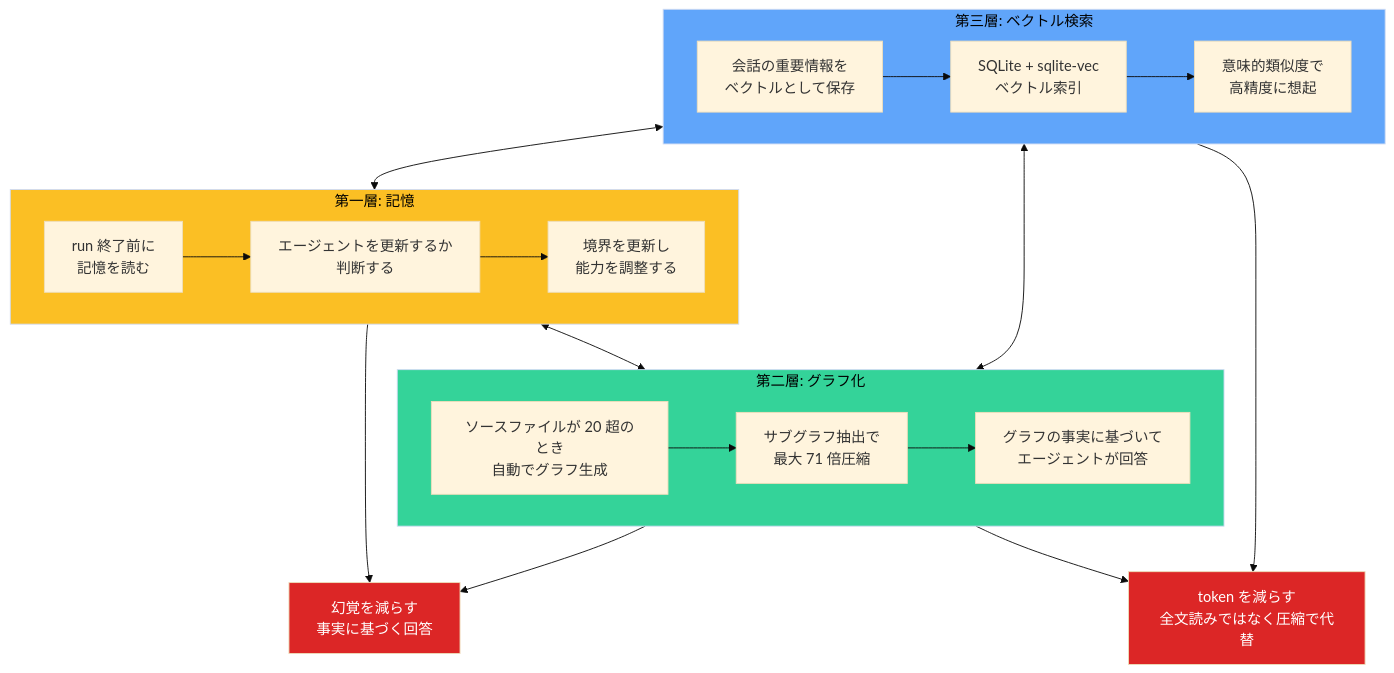
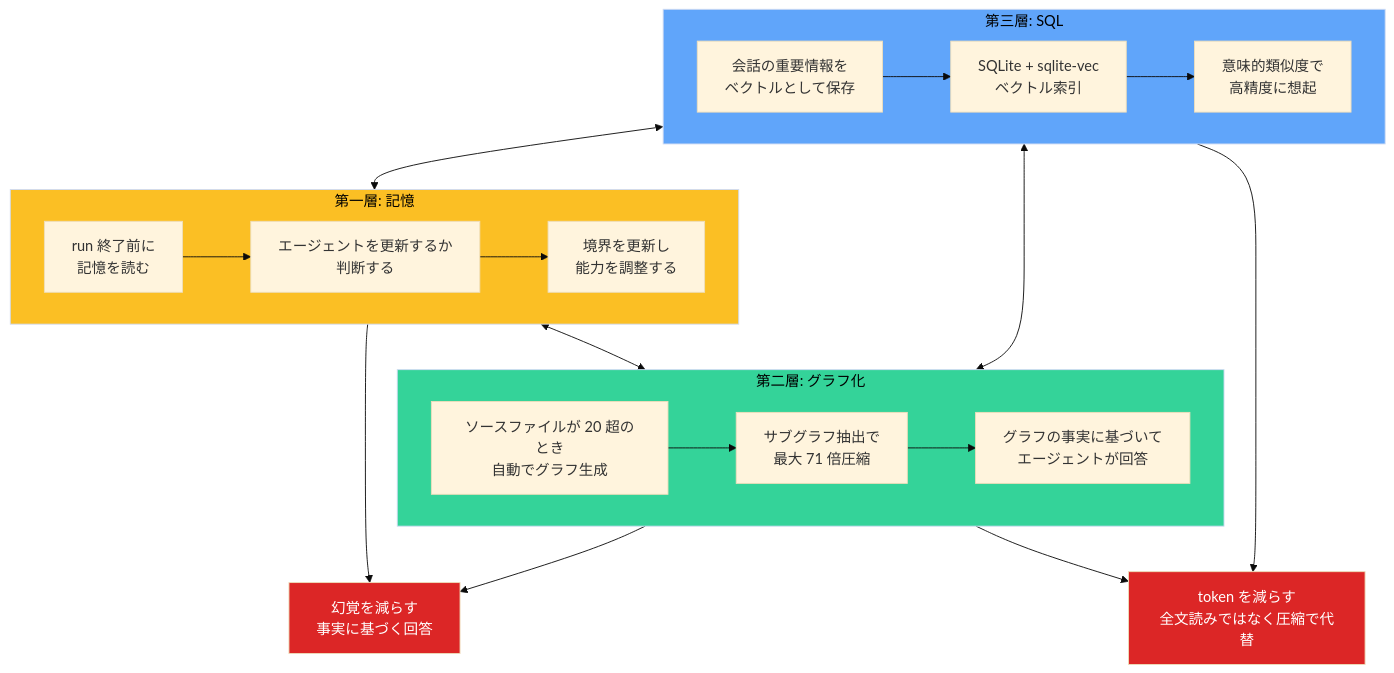
Before and after one commit to limda007/Meta_Kim: the ninth of 9 diagrams in README.ja-JP.md, drawn with Mermaid (base theme). The commit also changed other lines of this file and 17 other files, not shown here.

First line of the commit message:
feat(governance): dual-end Warden architecture + cross-runtime path sync

````diff
--- a/README.ja-JP.md
+++ b/README.ja-JP.md
@@ -612,35 +621,35 @@
 ```mermaid
 flowchart TB
     subgraph memory["第一層: 記憶"]
         M_IN[run 終了前に<br/>記憶を読む] --> M_JUDGE[エージェントを更新するか<br/>判断する]
         M_JUDGE --> M_OUT[境界を更新し<br/>能力を調整する]
     end
 
     subgraph graphify["第二層: グラフ化"]
         G_IN[ソースファイルが 20 超のとき<br/>自動でグラフ生成] --> G_COMPRESS[サブグラフ抽出で<br/>最大 71 倍圧縮]
         G_COMPRESS --> G_QUERY[グラフの事実に基づいて<br/>エージェントが回答]
     end
 
-    subgraph sql["第三層: ベクトル検索"]
+    subgraph sql["第三層: SQL"]
         S_IN[会話の重要情報を<br/>ベクトルとして保存] --> S_INDEX[SQLite + sqlite-vec<br/>ベクトル索引]
         S_INDEX --> S_RECALL[意味的類似度で<br/>高精度に想起]
     end
 
     memory <--> graphify
     graphify <--> sql
     sql <--> memory
 
     GOAL1[幻覚を減らす<br/>事実に基づく回答]
     GOAL2[token を減らす<br/>全文読みではなく圧縮で代替]
 
     memory --> GOAL1
     graphify --> GOAL1
     graphify --> GOAL2
     sql --> GOAL2
 
     style memory fill:#fbbf24,color:#000
     style graphify fill:#34d399,color:#000
     style sql fill:#60a5fa,color:#000
     style GOAL1 fill:#dc2626,color:#fff
     style GOAL2 fill:#dc2626,color:#fff
 ```
````
